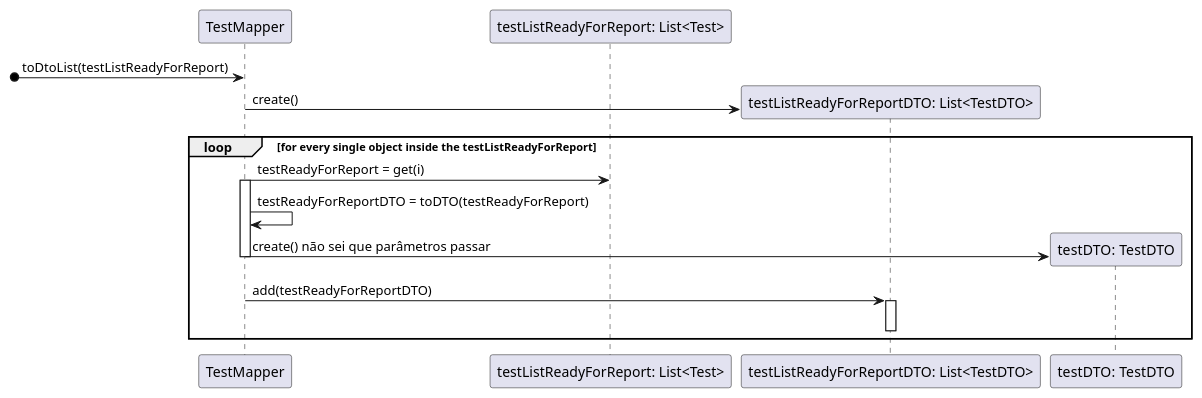
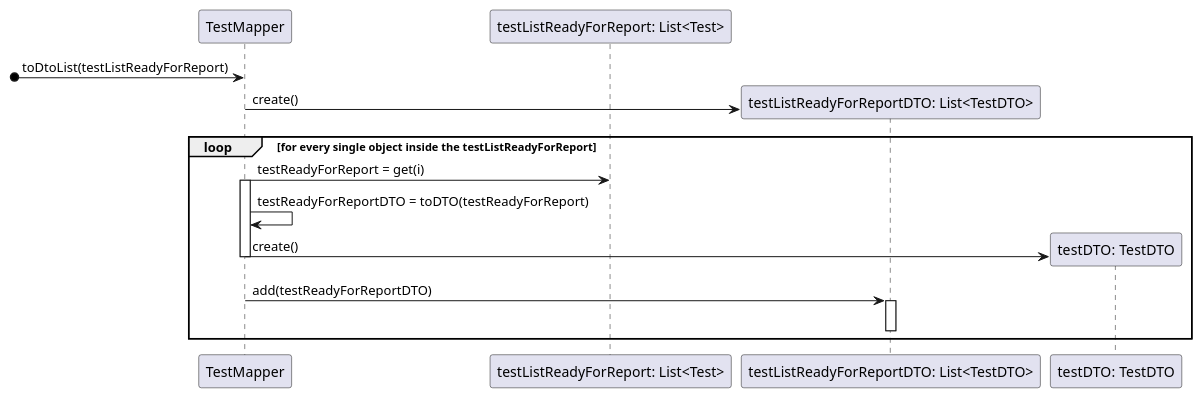
One commit to MadDinosaur/ISEP-LAPR2 changed the diagram in docs/SprintC/US14/SD_TestListReadyForReportToDTO.puml. Above: the diagram before and after it, drawn with PlantUML. The commit also changed 6 other files, not shown here.

```diff
--- a/docs/SprintC/US14/SD_TestListReadyForReportToDTO.puml
+++ b/docs/SprintC/US14/SD_TestListReadyForReportToDTO.puml
@@ -1,24 +1,24 @@
 @startuml
 
 participant TestMapper as tm
 participant "testListReadyForReport: List<Test>" as tlrfr
 participant "testListReadyForReportDTO: List<TestDTO>" as tlrdto
 participant "testDTO: TestDTO" as tdto
 
 
 
 [o-> tm: toDtoList(testListReadyForReport)
 create tlrdto
 tm -> tlrdto: create()
 loop for every single object inside the testListReadyForReport
 tm -> tlrfr: testReadyForReport = get(i)
 activate tm
 tm -> tm: testReadyForReportDTO = toDTO(testReadyForReport)
 create tdto
-tm -> tdto: create() não sei que parâmetros passar
+tm -> tdto: create()
 deactivate tm
 tm -> tlrdto: add(testReadyForReportDTO)
 activate tlrdto
 deactivate tlrdto
 end loop
 @enduml
```
